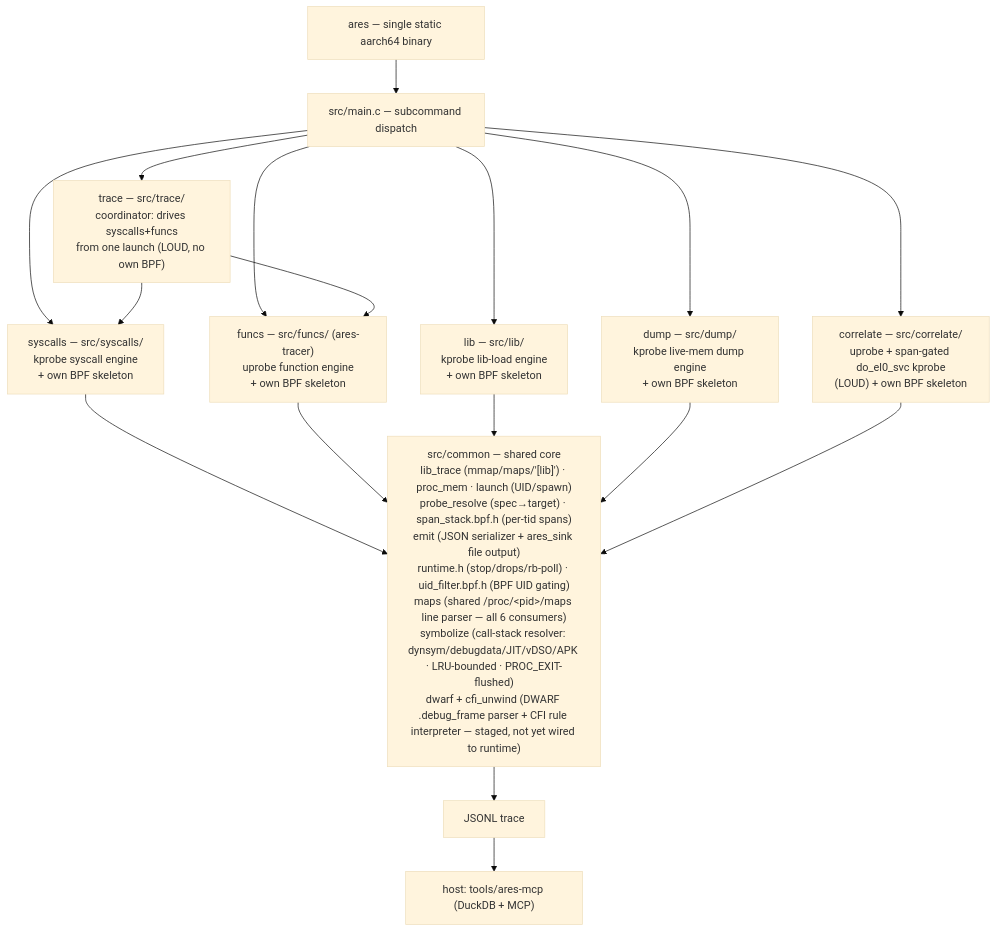
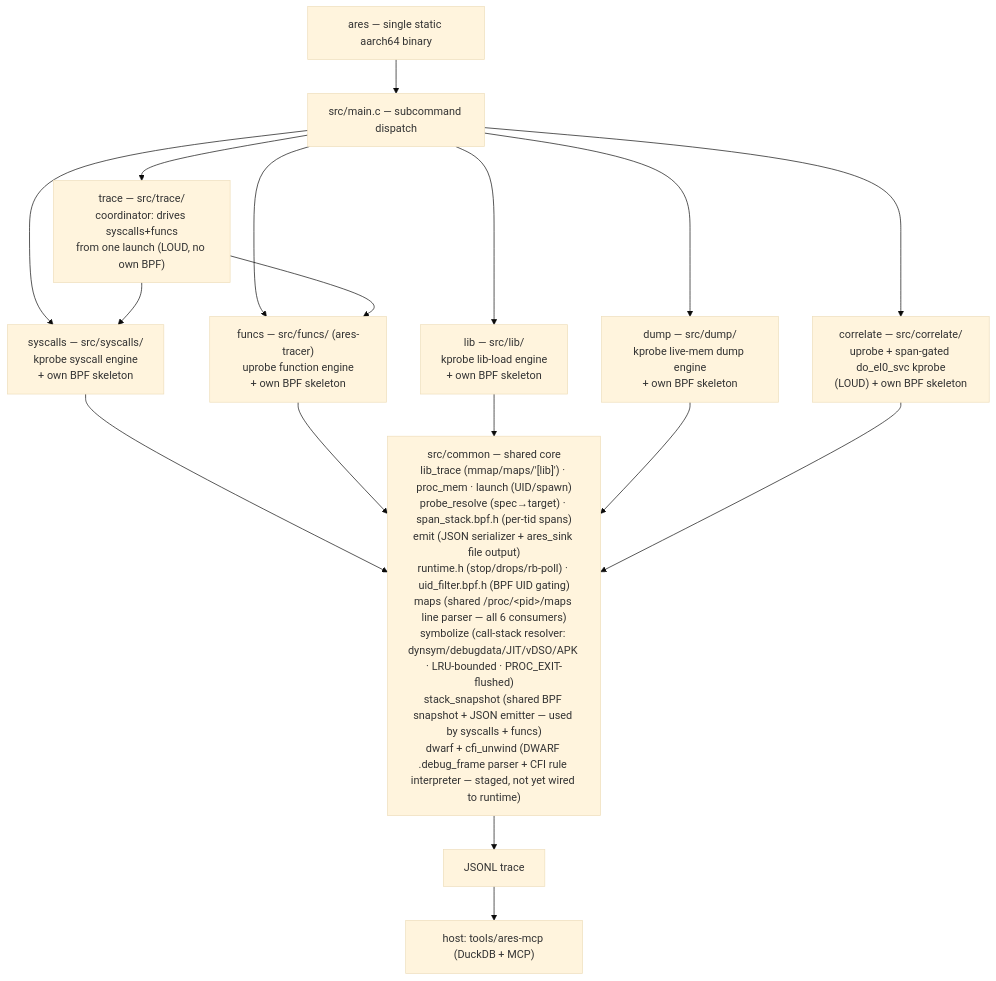
The diagram in DOCUMENTATION.md (michaelaurelio/Anubee), drawn with Mermaid (base theme) before and after one commit. The commit also changed other lines of this file and 16 other files, not shown here.

Commit message:
refactor: Moved register-file stack snapshot feature from syscalls to common to be reused by funcs (--snapshot)

````diff
--- a/DOCUMENTATION.md
+++ b/DOCUMENTATION.md
@@ -17,31 +17,31 @@
 ```mermaid
 flowchart TD
     ares["ares — single static aarch64 binary"]
     main["src/main.c — subcommand dispatch"]
     syscalls["syscalls — src/syscalls/<br/>kprobe syscall engine<br/>+ own BPF skeleton"]
     funcs["funcs — src/funcs/ (ares-tracer)<br/>uprobe function engine<br/>+ own BPF skeleton"]
     lib["lib — src/lib/<br/>kprobe lib-load engine<br/>+ own BPF skeleton"]
     dump["dump — src/dump/<br/>kprobe live-mem dump engine<br/>+ own BPF skeleton"]
     correlate["correlate — src/correlate/<br/>uprobe + span-gated do_el0_svc kprobe<br/>(LOUD) + own BPF skeleton"]
     tracecmd["trace — src/trace/<br/>coordinator: drives syscalls+funcs<br/>from one launch (LOUD, no own BPF)"]
-    common["src/common — shared core<br/>lib_trace (mmap/maps/'[lib]') · proc_mem · launch (UID/spawn)<br/>probe_resolve (spec→target) · span_stack.bpf.h (per-tid spans)<br/>emit (JSON serializer + ares_sink file output)<br/>runtime.h (stop/drops/rb-poll) · uid_filter.bpf.h (BPF UID gating)<br/>maps (shared /proc/&lt;pid&gt;/maps line parser — all 6 consumers)<br/>symbolize (call-stack resolver: dynsym/debugdata/JIT/vDSO/APK · LRU-bounded · PROC_EXIT-flushed)<br/>dwarf + cfi_unwind (DWARF .debug_frame parser + CFI rule interpreter — staged, not yet wired to runtime)"]
+    common["src/common — shared core<br/>lib_trace (mmap/maps/'[lib]') · proc_mem · launch (UID/spawn)<br/>probe_resolve (spec→target) · span_stack.bpf.h (per-tid spans)<br/>emit (JSON serializer + ares_sink file output)<br/>runtime.h (stop/drops/rb-poll) · uid_filter.bpf.h (BPF UID gating)<br/>maps (shared /proc/&lt;pid&gt;/maps line parser — all 6 consumers)<br/>symbolize (call-stack resolver: dynsym/debugdata/JIT/vDSO/APK · LRU-bounded · PROC_EXIT-flushed)<br/>stack_snapshot (shared BPF snapshot + JSON emitter — used by syscalls + funcs)<br/>dwarf + cfi_unwind (DWARF .debug_frame parser + CFI rule interpreter — staged, not yet wired to runtime)"]
     trace["JSONL trace"]
     mcp["host: tools/ares-mcp (DuckDB + MCP)"]
 
     ares --> main
     main --> syscalls
     main --> funcs
     main --> lib
     main --> dump
     main --> correlate
     main --> tracecmd
     tracecmd --> syscalls
     tracecmd --> funcs
     syscalls --> common
     funcs --> common
     lib --> common
     dump --> common
     correlate --> common
     common --> trace
     trace --> mcp
 ```
````
